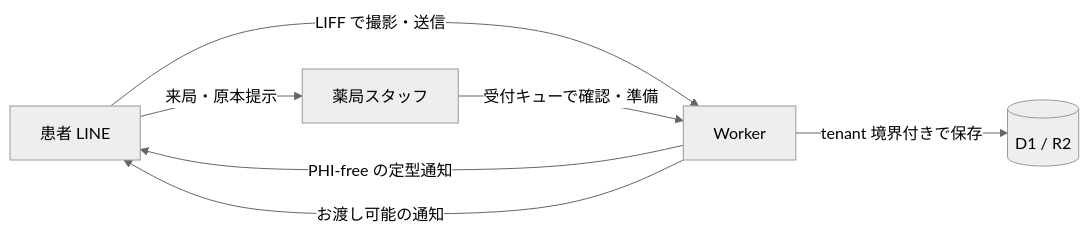
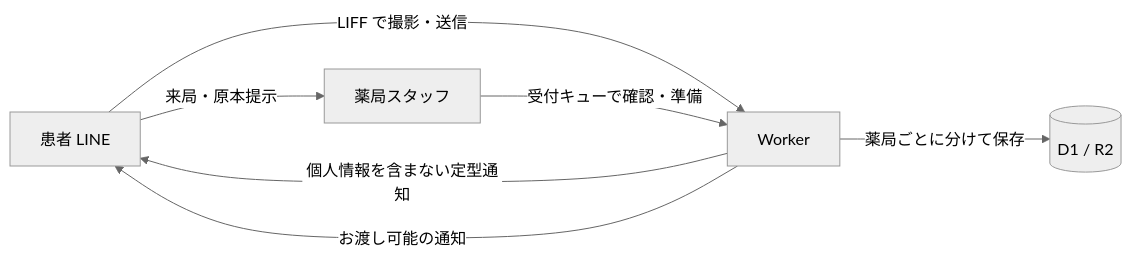
One commit to yusuketakuma/pharmacy-harness-line changed the diagram in README.md. Above: the diagram before and after it, drawn with Mermaid (neutral theme). The commit also changed other lines of this file and 11 other files, not shown here.

````diff
--- a/README.md
+++ b/README.md
@@ -99,9 +211,9 @@
 ```mermaid
 flowchart LR
   P[患者 LINE] -->|LIFF で撮影・送信| W[Worker]
-  W -->|tenant 境界付きで保存| D[(D1 / R2)]
-  W -->|PHI-free の定型通知| P
+  W -->|薬局ごとに分けて保存| D[(D1 / R2)]
+  W -->|個人情報を含まない定型通知| P
   S[薬局スタッフ] -->|受付キューで確認・準備| W
   W -->|お渡し可能の通知| P
   P -->|来局・原本提示| S
 ```
````
